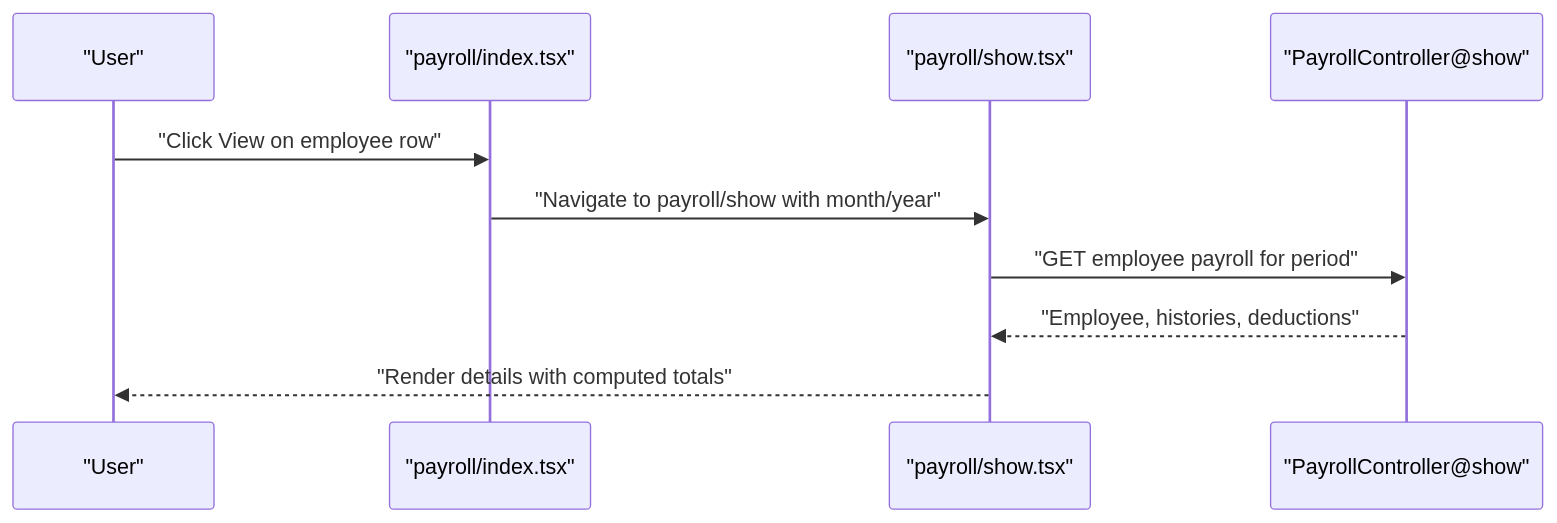
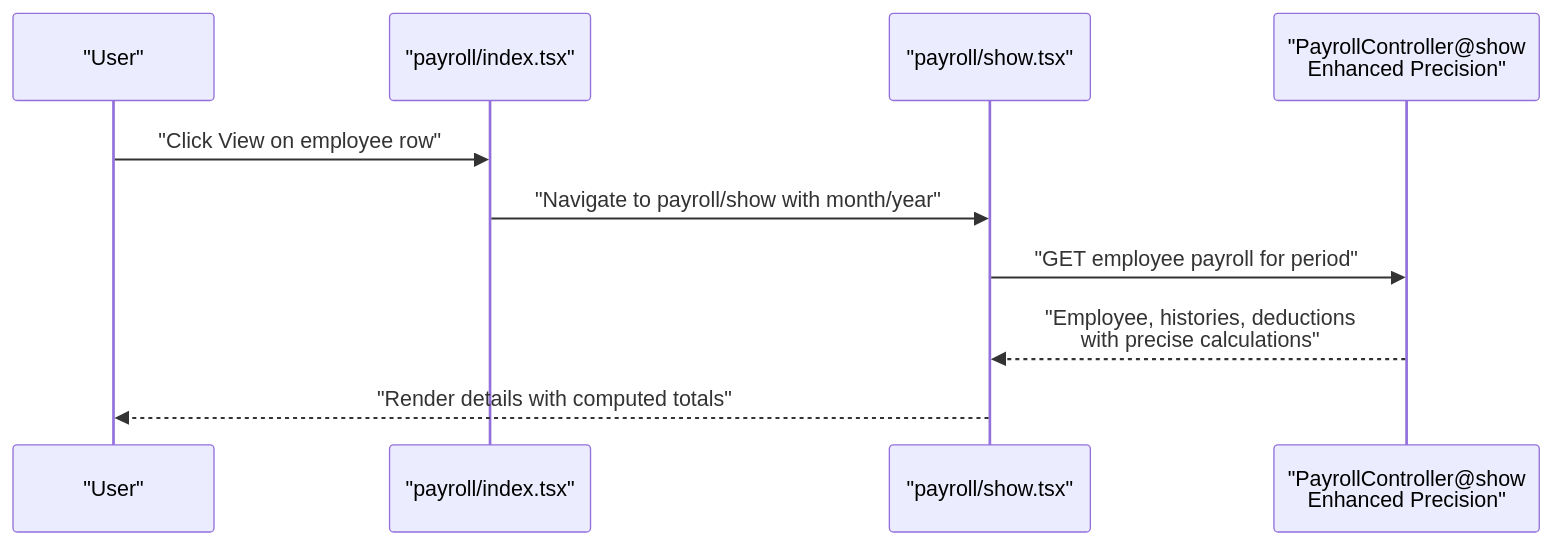
The ninth of 10 diagrams in .qoder/repowiki/en/content/Payroll System/Payroll System.md (vincet0t15/template), drawn with Mermaid before and after one commit. The commit also changed other lines of this file and 13 other files, not shown here.

````diff
--- a/.qoder/repowiki/en/content/Payroll System/Payroll System.md
+++ b/.qoder/repowiki/en/content/Payroll System/Payroll System.md
@@ -396,12 +411,12 @@
 ```mermaid
 sequenceDiagram
 participant U as "User"
 participant PI as "payroll/index.tsx"
 participant PS as "payroll/show.tsx"
-participant PC as "PayrollController@show"
+participant PC as "PayrollController@show<br/>Enhanced Precision"
 U->>PI : "Click View on employee row"
 PI->>PS : "Navigate to payroll/show with month/year"
 PS->>PC : "GET employee payroll for period"
-PC-->>PS : "Employee, histories, deductions"
+PC-->>PS : "Employee, histories, deductions<br/>with precise calculations"
 PS-->>U : "Render details with computed totals"
 ```
````
